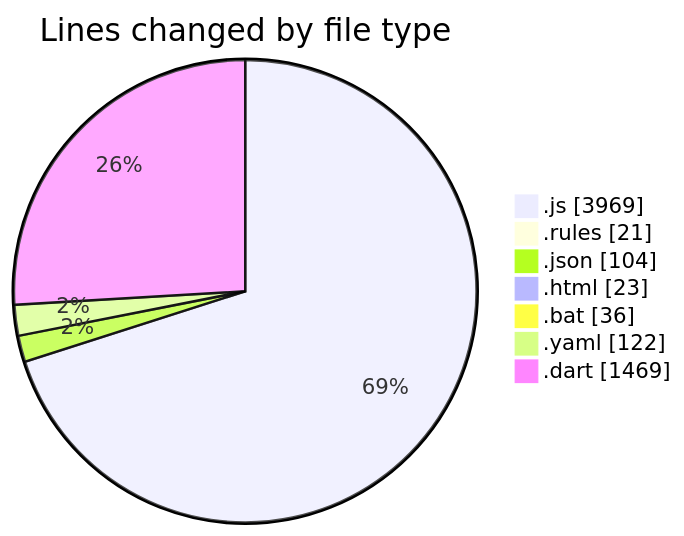
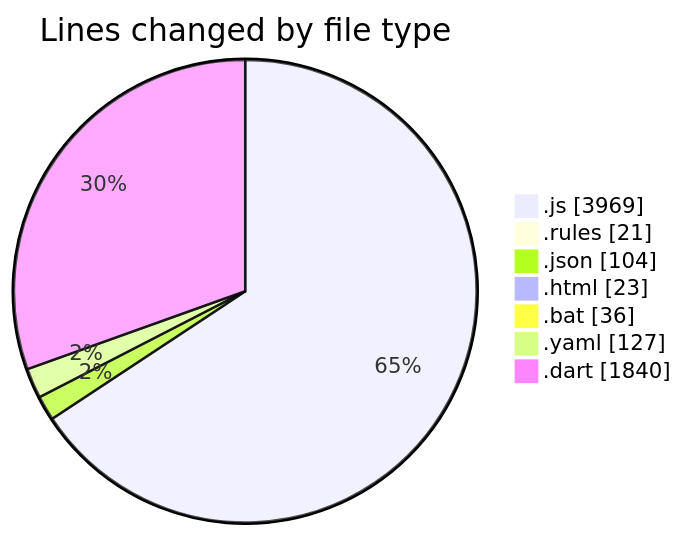
Before and after one commit to lephambinh05/code-tracking: the first of 2 diagrams in 2025-09-01/20m/README.md, drawn with Mermaid. The commit also changed other lines of this file and 1 other file, not shown here.

````diff
--- a/2025-09-01/20m/README.md
+++ b/2025-09-01/20m/README.md
@@ -55,11 +55,11 @@
 ```mermaid
 pie showData
 title Lines changed by file type
 ".js" : 3969
 ".rules" : 21
 ".json" : 104
 ".html" : 23
 ".bat" : 36
-".yaml" : 122
-".dart" : 1469
+".yaml" : 127
+".dart" : 1840
 ```
````
